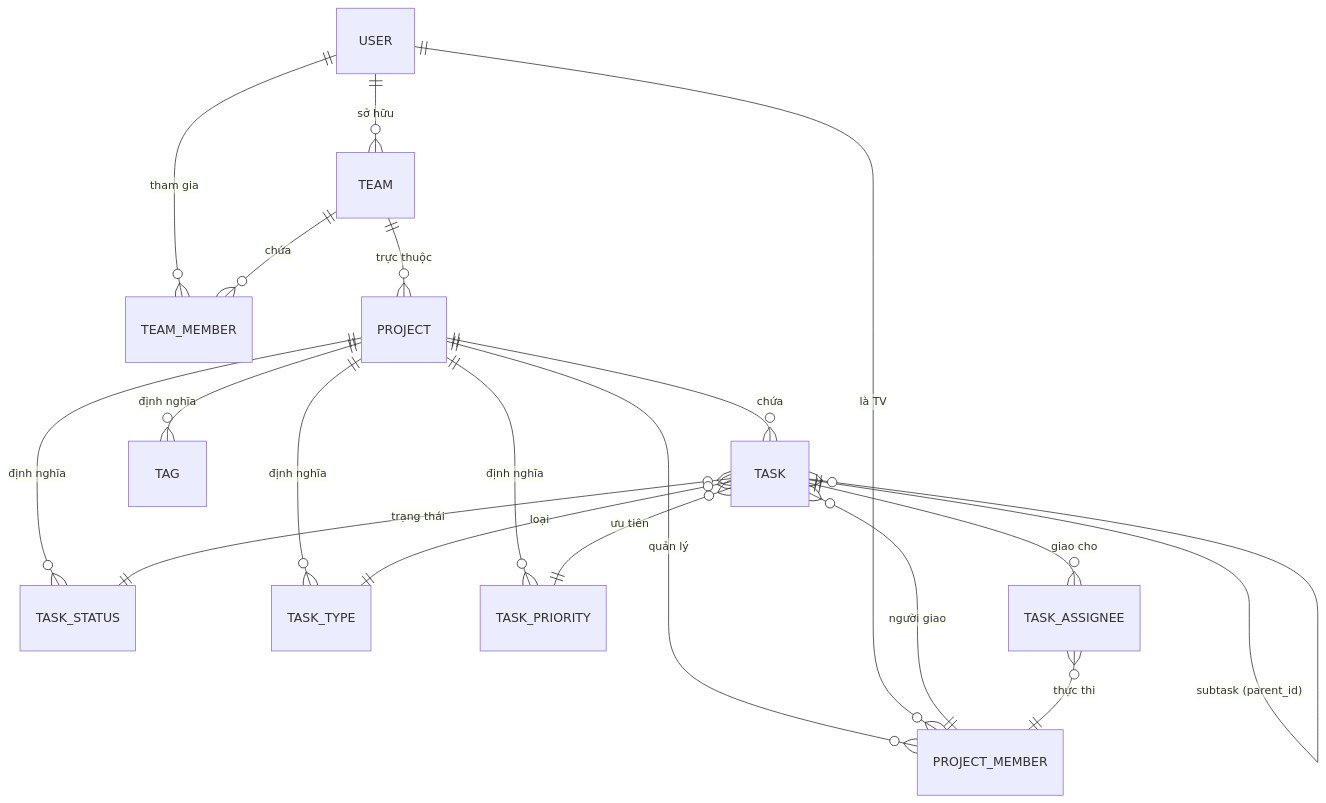
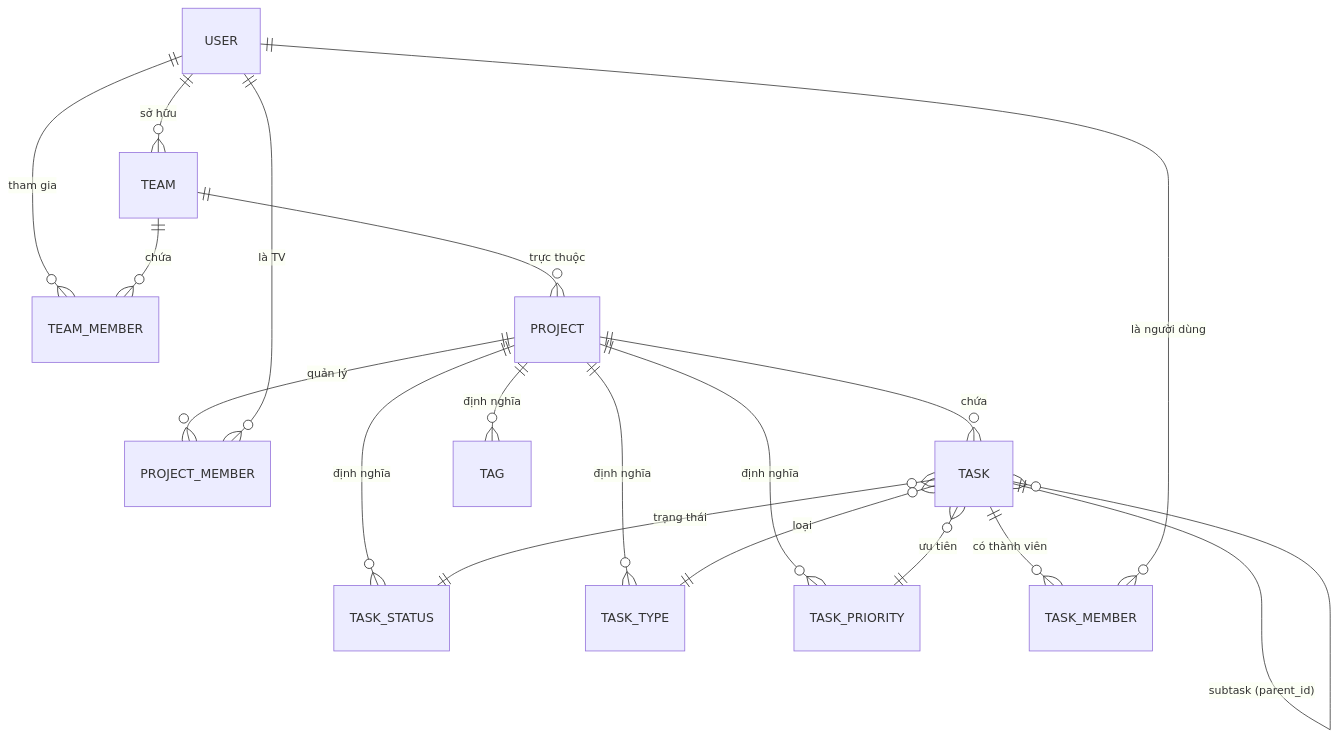
One commit to daFoggo/Agentick-BE changed the first of 2 diagrams in docs/05_database.md. Above: the diagram before and after it, drawn with Mermaid. The commit also changed other lines of this file and 10 other files, not shown here.

````diff
--- a/docs/05_database.md
+++ b/docs/05_database.md
@@ -17,21 +17,20 @@
 ```mermaid
 erDiagram
     USER ||--o{ TEAM : "sở hữu"
     USER ||--o{ TEAM_MEMBER : "tham gia"
     TEAM ||--o{ TEAM_MEMBER : "chứa"
     TEAM ||--o{ PROJECT : "trực thuộc"
     PROJECT ||--o{ PROJECT_MEMBER : "quản lý"
     USER ||--o{ PROJECT_MEMBER : "là TV"
     PROJECT ||--o{ TASK : "chứa"
     PROJECT ||--o{ TASK_STATUS : "định nghĩa"
     PROJECT ||--o{ TASK_TYPE : "định nghĩa"
     PROJECT ||--o{ TASK_PRIORITY : "định nghĩa"
     PROJECT ||--o{ TAG : "định nghĩa"
     TASK }o--|| TASK_STATUS : "trạng thái"
     TASK }o--|| TASK_TYPE : "loại"
     TASK }o--|| TASK_PRIORITY : "ưu tiên"
-    TASK }o--|| PROJECT_MEMBER : "người giao"
-    TASK ||--o{ TASK_ASSIGNEE : "giao cho"
-    TASK_ASSIGNEE }o--|| PROJECT_MEMBER : "thực thi"
+    TASK ||--o{ TASK_MEMBER : "có thành viên"
+    TASK_MEMBER }o--|| USER : "là người dùng"
     TASK ||--o{ TASK : "subtask (parent_id)"
 ```
````
